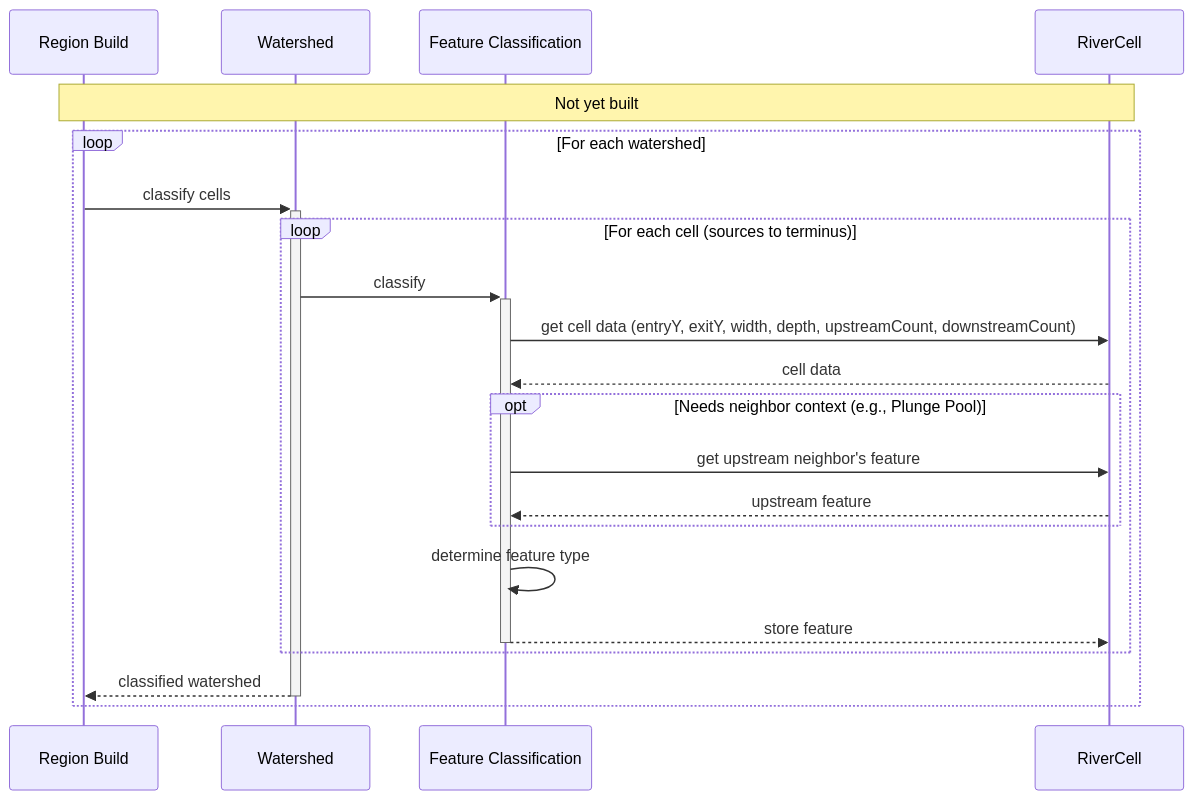
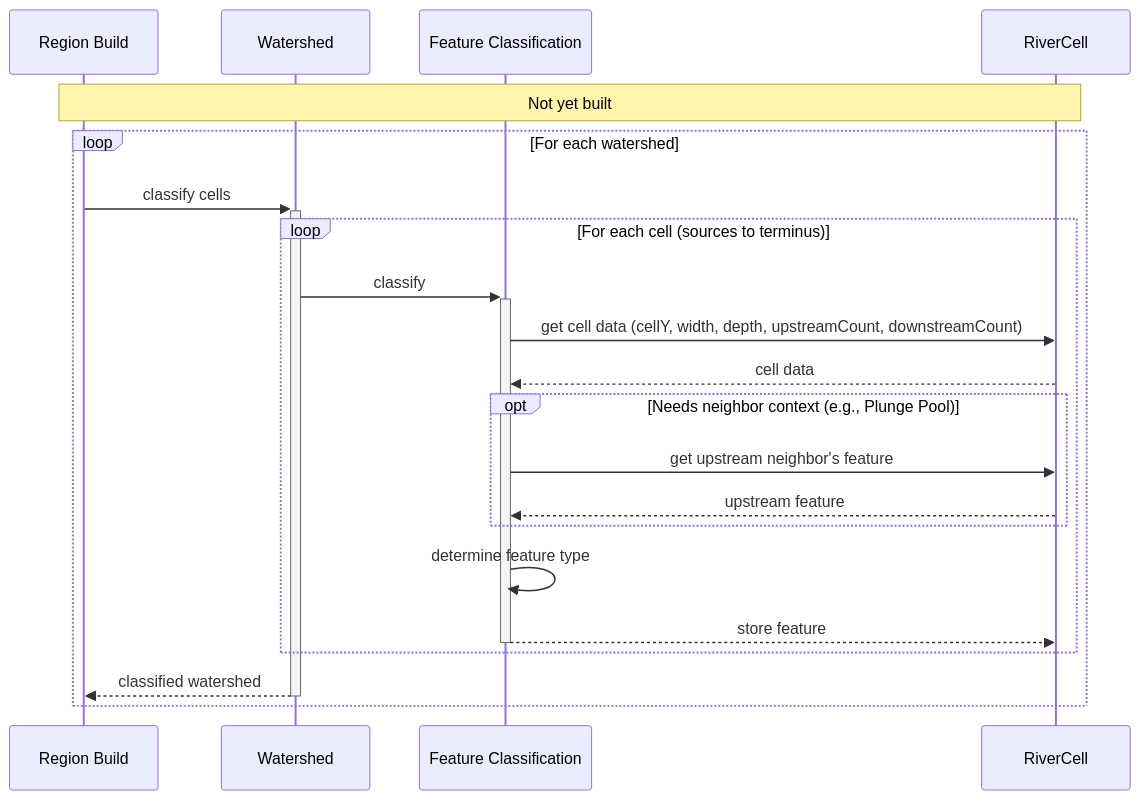
Diagram 16 of 20 in docs/features/rivers/Rough Diagrams.md (SoSly/RiverTale), drawn with Mermaid before and after one commit. The commit also changed other lines of this file and 12 other files, not shown here.

````diff
--- a/docs/features/rivers/Rough Diagrams.md
+++ b/docs/features/rivers/Rough Diagrams.md
@@ -558,27 +500,27 @@
 ```mermaid
 sequenceDiagram
     participant Build as Region Build
     participant Watershed
     participant Features as Feature Classification
     participant RiverCell
 
     Note over Build,RiverCell: Not yet built
 
     loop For each watershed
         Build ->>+ Watershed: classify cells
 
         loop For each cell (sources to terminus)
             Watershed ->>+ Features: classify
-            Features ->> RiverCell: get cell data (entryY, exitY, width, depth, upstreamCount, downstreamCount)
+            Features ->> RiverCell: get cell data (cellY, width, depth, upstreamCount, downstreamCount)
             RiverCell -->> Features: cell data
             opt Needs neighbor context (e.g., Plunge Pool)
                 Features ->> RiverCell: get upstream neighbor's feature
                 RiverCell -->> Features: upstream feature
             end
             Features ->> Features: determine feature type
             Features -->>- RiverCell: store feature
         end
 
         Watershed -->>- Build: classified watershed
     end
 ```
````
